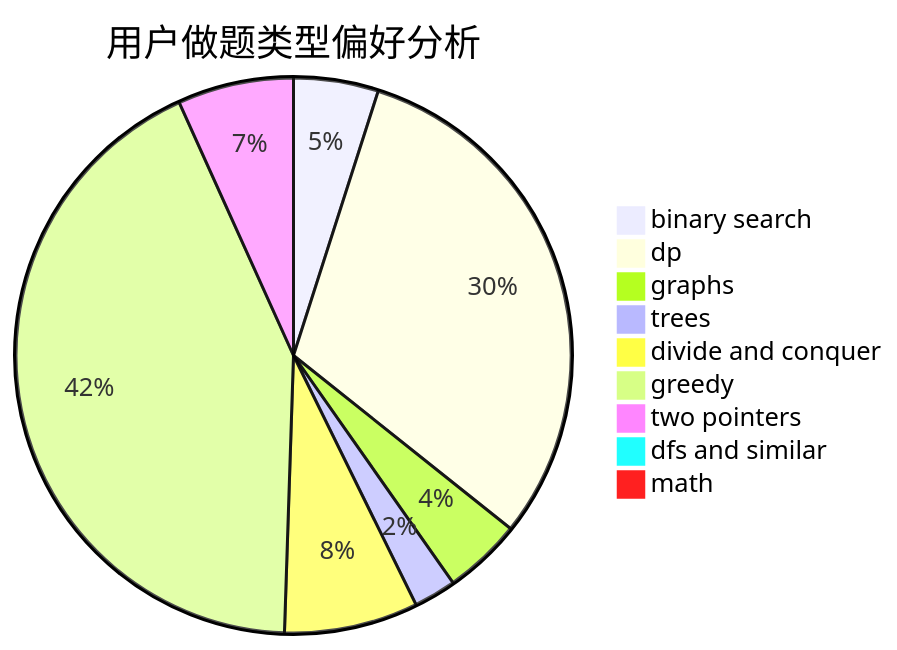
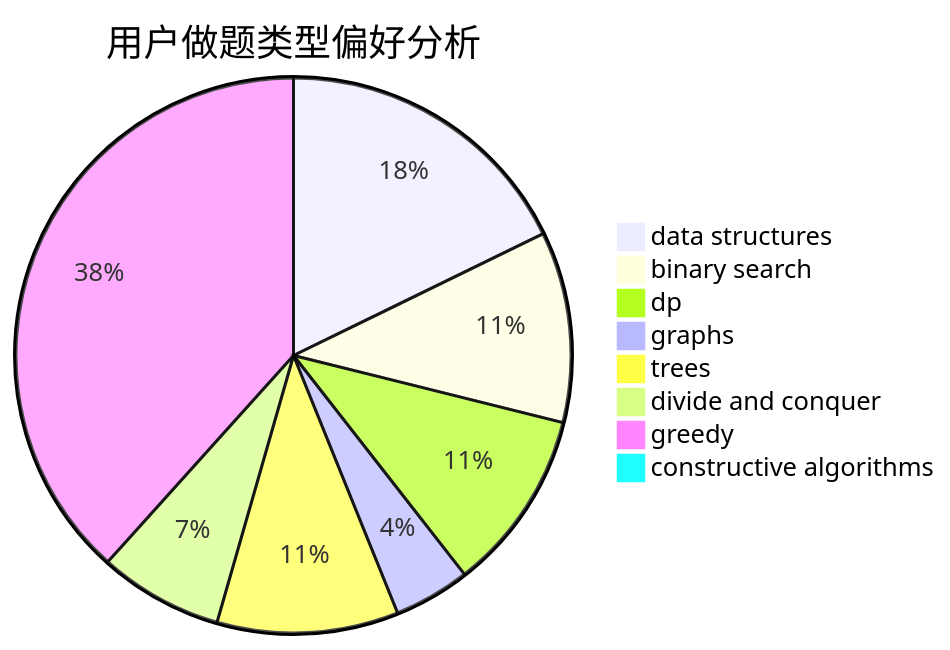
The second of 3 diagrams in docs/user/u2205.md (sherpahu/cfrs.github.io), drawn with Mermaid before and after one commit. The commit also changed other lines of this file and 2775 other files, not shown here.

````diff
--- a/docs/user/u2205.md
+++ b/docs/user/u2205.md
@@ -23,12 +23,11 @@
 ```mermaid
 pie title 用户做题类型偏好分析
-    "binary search" :  38
-    "dp" :  237
-    "graphs" :  35
+    "data structures" :  32
+    "binary search" :  20
+    "dp" :  19
+    "graphs" :  8
     "trees" :  19
-    "divide and conquer" :  60
-    "greedy" :  329
-    "two pointers" :  52
-    "dfs and similar" :  7
-    "math" :  7
+    "divide and conquer" :  13
+    "greedy" :  69
+    "constructive algorithms" :  0
 ```
````
